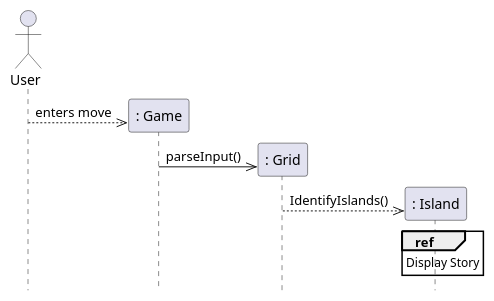
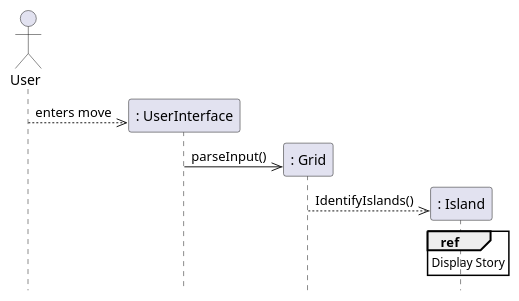
One commit to emutchek/MaraudersAtSea changed the second of 3 diagrams in CMPU_203_PirateGame/doc/design.md. Above: the diagram before and after it, drawn with PlantUML. The commit also changed other lines of this file and 6 other files, not shown here.

````diff
--- a/CMPU_203_PirateGame/doc/design.md
+++ b/CMPU_203_PirateGame/doc/design.md
@@ -70,15 +70,15 @@
 ```PlantUML
 @startuml
 hide footbox
 actor User as user
-participant ": Game" as game
+participant ": UserInterface" as game
 participant ": Grid" as grid
 participant ": Island" as island
 user -->> game **: enters move
 game ->> grid **: parseInput()
 grid -->> island **: IdentifyIslands()
 ref over island
 Display Story
 endref
 @enduml
 ```
````
